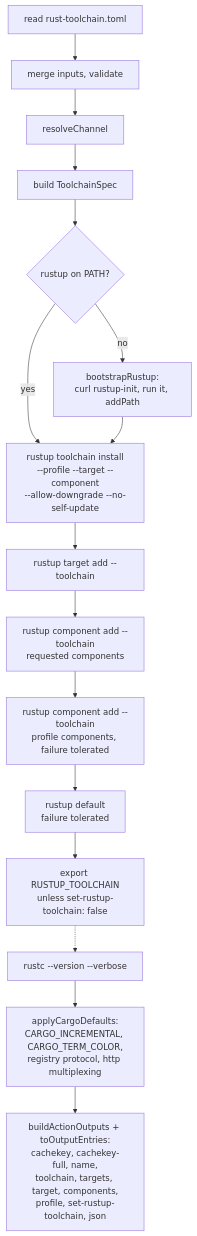
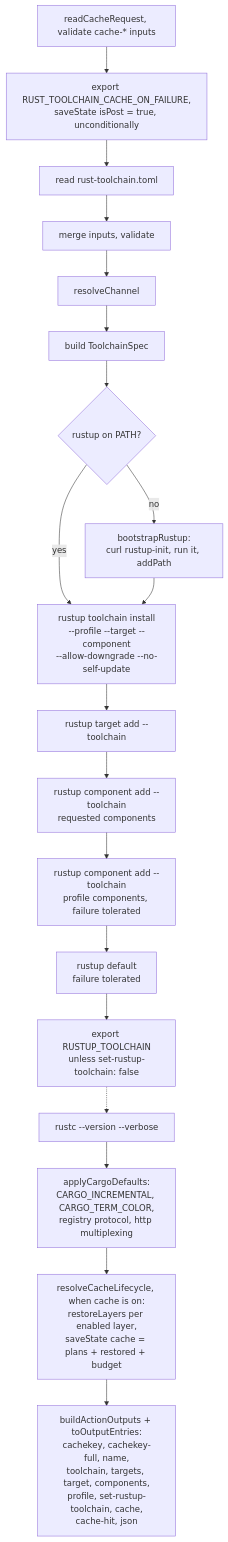
The third of 7 diagrams in docs/ARCHITECTURE.md (elioseverojunior/rust-toolchain), drawn with Mermaid before and after one commit. The commit also changed other lines of this file and 6 other files, not shown here.

````diff
--- a/docs/ARCHITECTURE.md
+++ b/docs/ARCHITECTURE.md
@@ -163,18 +179,21 @@
 ```mermaid
 flowchart TD
-    A[read rust-toolchain.toml] --> B[merge inputs, validate]
+    Z[readCacheRequest, validate cache-* inputs] --> Y[export RUST_TOOLCHAIN_CACHE_ON_FAILURE,<br/>saveState isPost = true, unconditionally]
+    Y --> A[read rust-toolchain.toml]
+    A --> B[merge inputs, validate]
     B --> C[resolveChannel]
     C --> D[build ToolchainSpec]
     D --> E{rustup on PATH?}
     E -->|no| F[bootstrapRustup:<br/>curl rustup-init, run it, addPath]
     E -->|yes| G
     F --> G[rustup toolchain install<br/>--profile --target --component<br/>--allow-downgrade --no-self-update]
     G --> H[rustup target add --toolchain]
     H --> I[rustup component add --toolchain<br/>requested components]
     I --> P[rustup component add --toolchain<br/>profile components, failure tolerated]
     P --> J[rustup default<br/>failure tolerated]
     J --> K[export RUSTUP_TOOLCHAIN<br/>unless set-rustup-toolchain: false]
     K -.-> L[rustc --version --verbose]
     L --> M[applyCargoDefaults:<br/>CARGO_INCREMENTAL, CARGO_TERM_COLOR,<br/>registry protocol, http multiplexing]
-    M --> N[buildActionOutputs + toOutputEntries:<br/>cachekey, cachekey-full, name,<br/>toolchain, targets, target, components,<br/>profile, set-rustup-toolchain, json]
+    M --> Q[resolveCacheLifecycle, when cache is on:<br/>restoreLayers per enabled layer,<br/>saveState cache = plans + restored + budget]
+    Q --> N[buildActionOutputs + toOutputEntries:<br/>cachekey, cachekey-full, name,<br/>toolchain, targets, target, components,<br/>profile, set-rustup-toolchain, cache,<br/>cache-hit, json]
 ```
````
